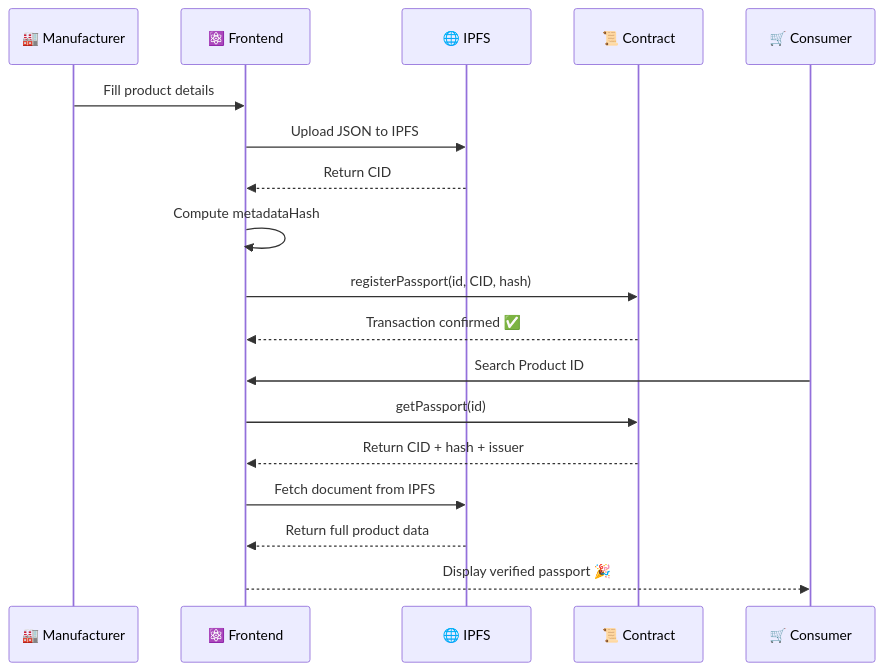
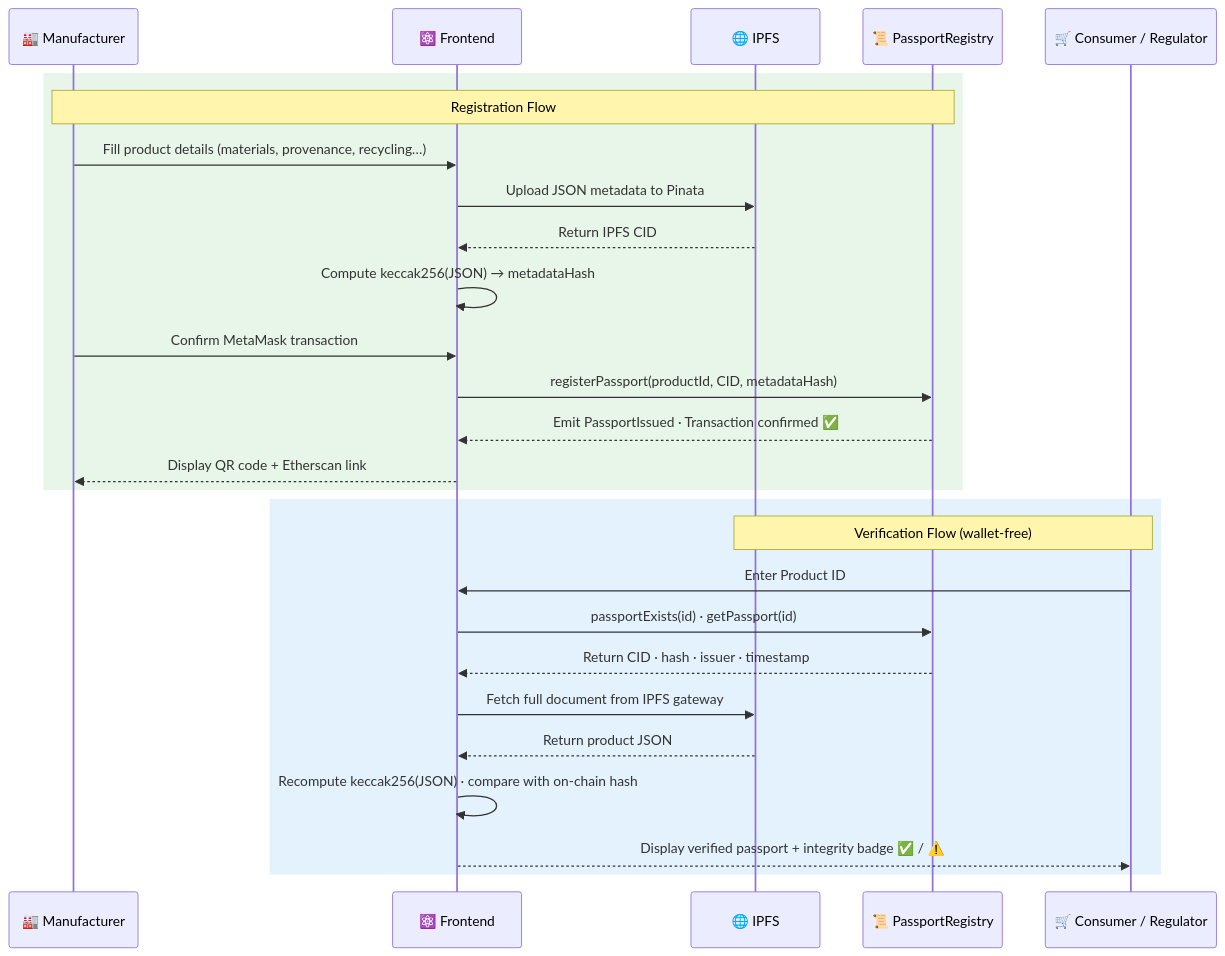
Before and after one commit to DeTaiDong/FTGP2425_Group1_11: the second of 2 diagrams in README.md, drawn with Mermaid. The commit also changed other lines of this file, not shown here.

Commit message:
Improve system architecture diagram in README

````diff
--- a/README.md
+++ b/README.md
@@ -92,22 +112,31 @@
 ```mermaid
 sequenceDiagram
     participant M as 🏭 Manufacturer
     participant F as ⚛️ Frontend
     participant I as 🌐 IPFS
-    participant C as 📜 Contract
-    participant U as 🛒 Consumer
+    participant C as 📜 PassportRegistry
+    participant U as 🛒 Consumer / Regulator
 
-    M->>F: Fill product details
-    F->>I: Upload JSON to IPFS
-    I-->>F: Return CID
-    F->>F: Compute metadataHash
-    F->>C: registerPassport(id, CID, hash)
-    C-->>F: Transaction confirmed ✅
+    rect rgb(232, 245, 233)
+        Note over M,C: Registration Flow
+        M->>F: Fill product details (materials, provenance, recycling…)
+        F->>I: Upload JSON metadata to Pinata
+        I-->>F: Return IPFS CID
+        F->>F: Compute keccak256(JSON) → metadataHash
+        M->>F: Confirm MetaMask transaction
+        F->>C: registerPassport(productId, CID, metadataHash)
+        C-->>F: Emit PassportIssued · Transaction confirmed ✅
+        F-->>M: Display QR code + Etherscan link
+    end
 
-    U->>F: Search Product ID
-    F->>C: getPassport(id)
-    C-->>F: Return CID + hash + issuer
-    F->>I: Fetch document from IPFS
-    I-->>F: Return full product data
-    F-->>U: Display verified passport 🎉
+    rect rgb(227, 242, 253)
+        Note over U,I: Verification Flow (wallet-free)
+        U->>F: Enter Product ID
+        F->>C: passportExists(id) · getPassport(id)
+        C-->>F: Return CID · hash · issuer · timestamp
+        F->>I: Fetch full document from IPFS gateway
+        I-->>F: Return product JSON
+        F->>F: Recompute keccak256(JSON) · compare with on-chain hash
+        F-->>U: Display verified passport + integrity badge ✅ / ⚠️
+    end
 ```
````
